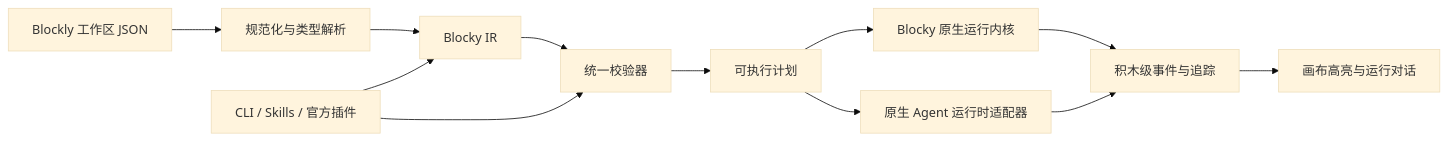
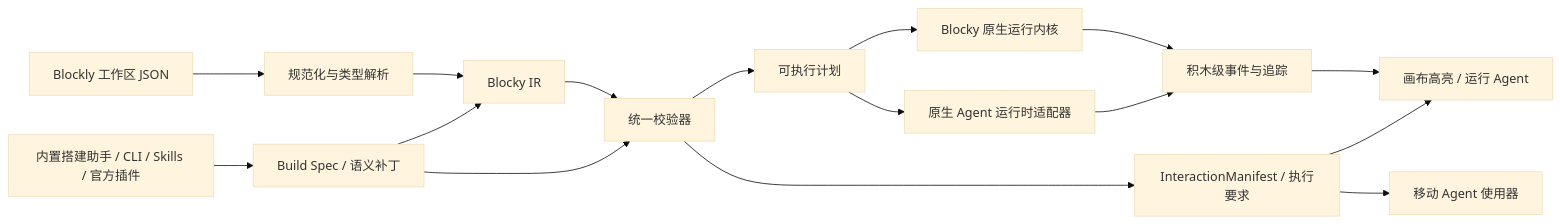
The diagram in doc/产品设计/Blocky-完整积木与Agent兼容设计.md (q2955161835-debug/Blocky-AI), drawn with Mermaid (base theme) before and after one commit. The commit also changed other lines of this file and 13 other files, not shown here.

````diff
--- a/doc/产品设计/Blocky-完整积木与Agent兼容设计.md
+++ b/doc/产品设计/Blocky-完整积木与Agent兼容设计.md
@@ -37,14 +41,18 @@
 ```mermaid
 flowchart LR
   A["Blockly 工作区 JSON"] --> B["规范化与类型解析"]
   B --> C["Blocky IR"]
   C --> D["统一校验器"]
   D --> E["可执行计划"]
+  D --> K["InteractionManifest / 执行要求"]
   E --> F["Blocky 原生运行内核"]
   E --> G["原生 Agent 运行时适配器"]
   F --> H["积木级事件与追踪"]
   G --> H
-  H --> I["画布高亮与运行对话"]
-  J["CLI / Skills / 官方插件"] --> C
-  J --> D
+  H --> I["画布高亮 / 运行 Agent"]
+  K --> I
+  K --> M["移动 Agent 使用器"]
+  J["内置搭建助手 / CLI / Skills / 官方插件"] --> L["Build Spec / 语义补丁"]
+  L --> C
+  L --> D
 ```
````
